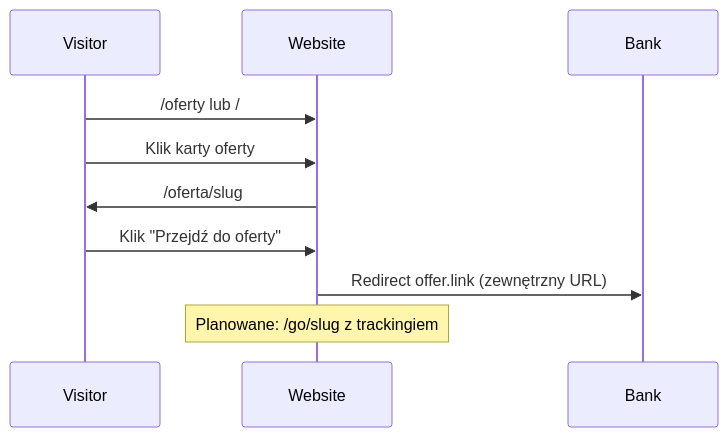
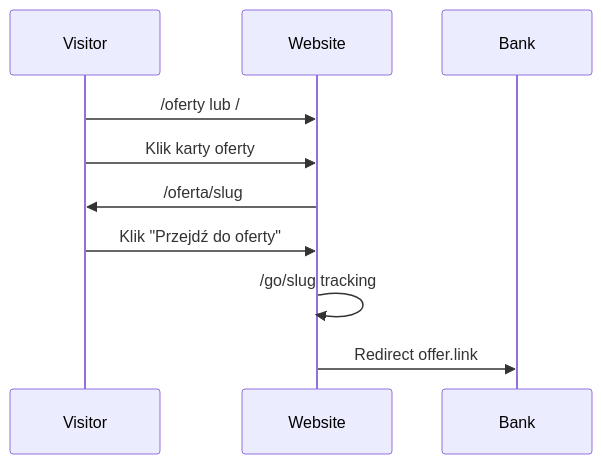
The fourth of 5 diagrams in docs/PROJECT_SPEC.md (Dziemiano/afiliantka), drawn with Mermaid before and after one commit. The commit also changed other lines of this file and 1 other file, not shown here.

First line of the commit message:
docs: sync ROADMAP and PROJECT_SPEC for Phase 5.5 (DZI-48)

````diff
--- a/docs/PROJECT_SPEC.md
+++ b/docs/PROJECT_SPEC.md
@@ -384,14 +367,13 @@
 ```mermaid
 sequenceDiagram
     participant Visitor
     participant Website
     participant Bank
 
     Visitor->>Website: /oferty lub /
     Visitor->>Website: Klik karty oferty
     Website->>Visitor: /oferta/slug
     Visitor->>Website: Klik "Przejdź do oferty"
-    Website->>Bank: Redirect offer.link (zewnętrzny URL)
-
-    Note over Website: Planowane: /go/slug z trackingiem
+    Website->>Website: /go/slug tracking
+    Website->>Bank: Redirect offer.link
 ```
````
